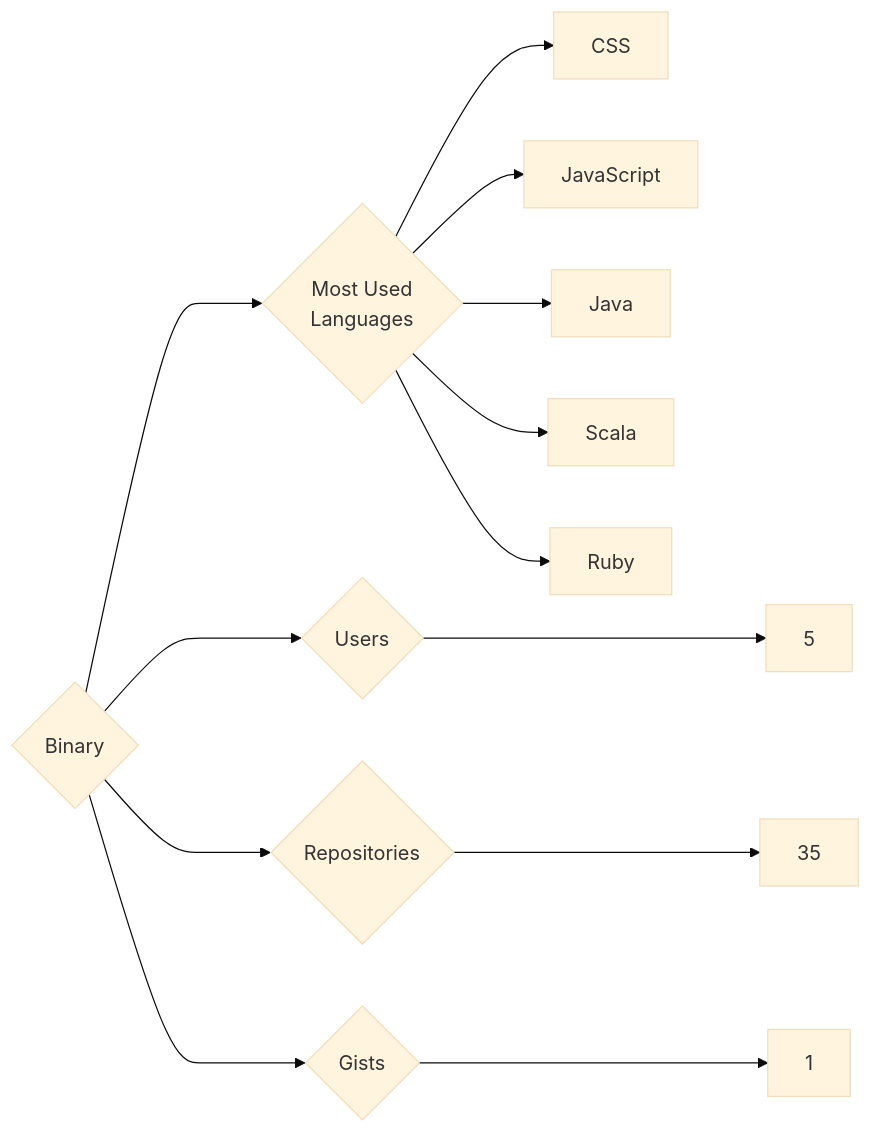
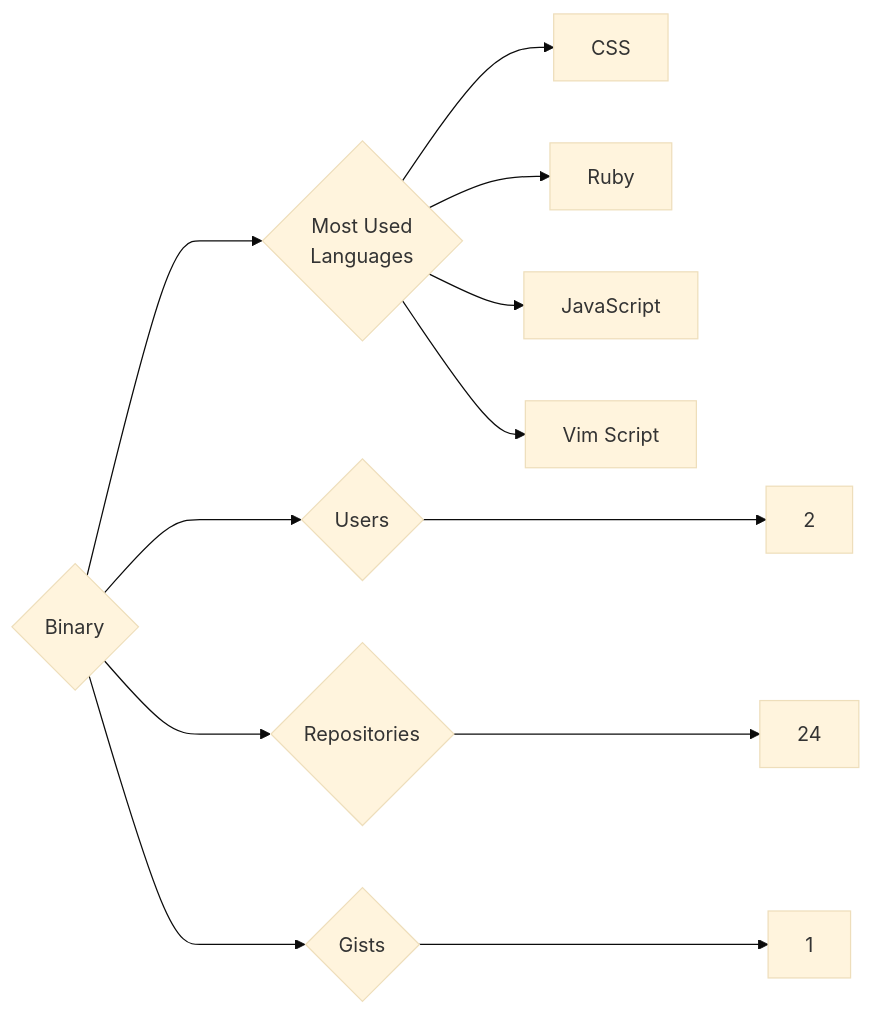
Before and after one commit to trickest/insiders: the diagram in targets/Binary/README.md, drawn with Mermaid (base theme). The commit also changed 614 other files, not shown here.

````diff
--- a/targets/Binary/README.md
+++ b/targets/Binary/README.md
@@ -3,13 +3,12 @@
 ```mermaid
 graph LR
 COMPANY_NAME{Binary}
-COMPANY_NAME ---> U{Users} ---> UN[5]
-COMPANY_NAME ---> R{Repositories} ---> RN[35]
+COMPANY_NAME ---> U{Users} ---> UN[2]
+COMPANY_NAME ---> R{Repositories} ---> RN[24]
 COMPANY_NAME ---> G{Gists} ---> GN[1]
 COMPANY_NAME ---> ML{Most Used<br>Languages}
 ML --> CSS[CSS]
+ML --> Ruby[Ruby]
 ML --> JavaScript[JavaScript]
-ML --> Java[Java]
-ML --> Scala[Scala]
-ML --> Ruby[Ruby]
+ML --> Vim_Script[Vim Script]
 ```
````
